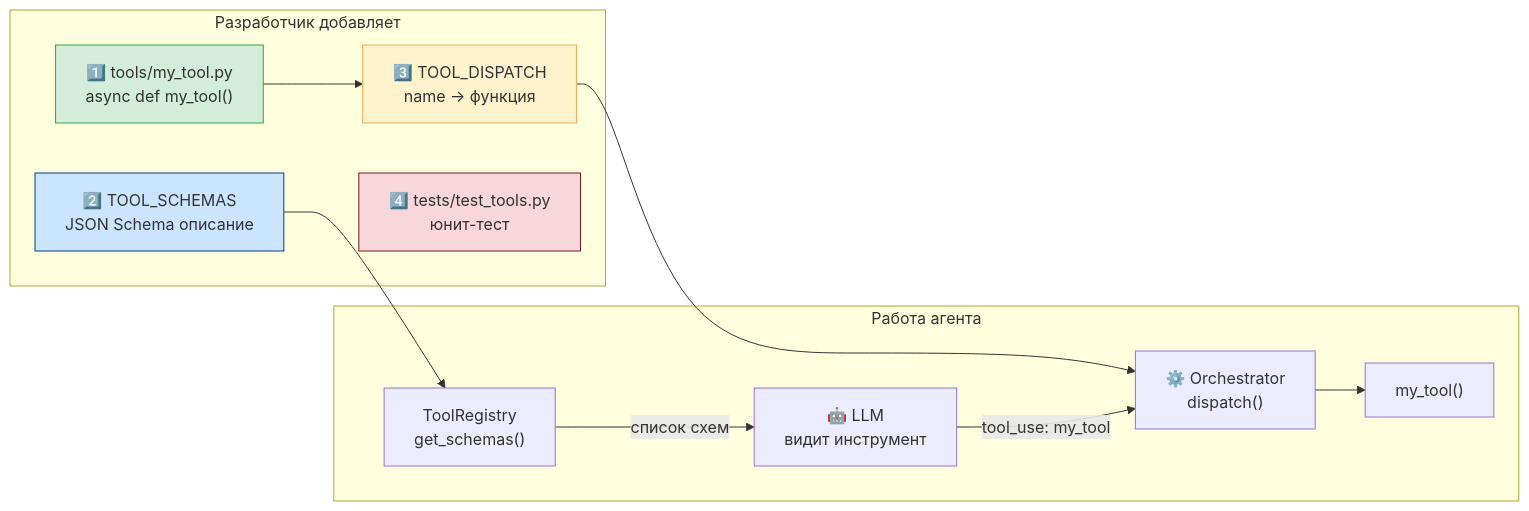
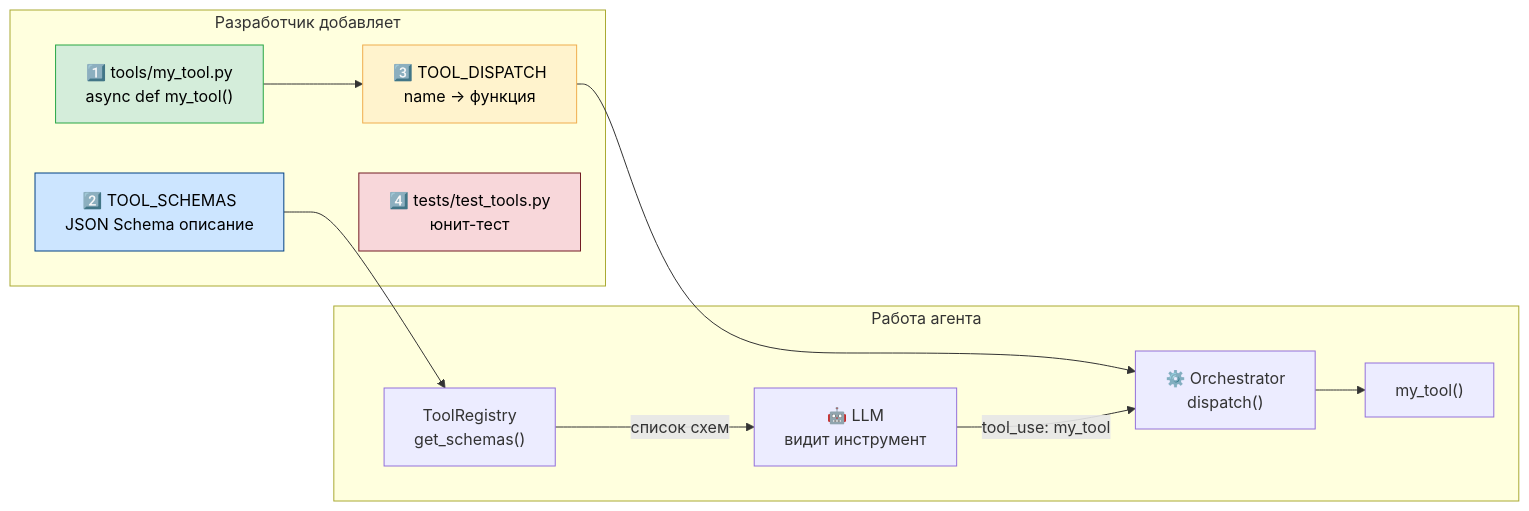
The diagram in docs/10-add-tool.md (ivanshamaev/research-agent), drawn with Mermaid before and after one commit. The commit also changed 5 other files, not shown here.

````diff
--- a/docs/10-add-tool.md
+++ b/docs/10-add-tool.md
@@ -13,28 +13,28 @@
 ```mermaid
 flowchart LR
     subgraph dev["Разработчик добавляет"]
         F["1️⃣ tools/my_tool.py\nasync def my_tool()"]
         S["2️⃣ TOOL_SCHEMAS\nJSON Schema описание"]
         D["3️⃣ TOOL_DISPATCH\nname → функция"]
         T["4️⃣ tests/test_tools.py\nюнит-тест"]
     end
 
     subgraph runtime["Работа агента"]
         Reg["ToolRegistry\nget_schemas()"]
         LLM["🤖 LLM\nвидит инструмент"]
         Orch["⚙️ Orchestrator\ndispatch()"]
         Tool["my_tool()"]
     end
 
     F --> D
     S --> Reg
     D --> Orch
     Reg -->|список схем| LLM
     LLM -->|tool_use: my_tool| Orch
     Orch --> Tool
 
-    style F fill:#d4edda,stroke:#28a745
-    style S fill:#cce5ff,stroke:#004085
-    style D fill:#fff3cd,stroke:#f0ad4e
-    style T fill:#f8d7da,stroke:#721c24
+    style F fill:#d4edda,stroke:#28a745,color:#000
+    style S fill:#cce5ff,stroke:#004085,color:#000
+    style D fill:#fff3cd,stroke:#f0ad4e,color:#000
+    style T fill:#f8d7da,stroke:#721c24,color:#000
 ```
````
